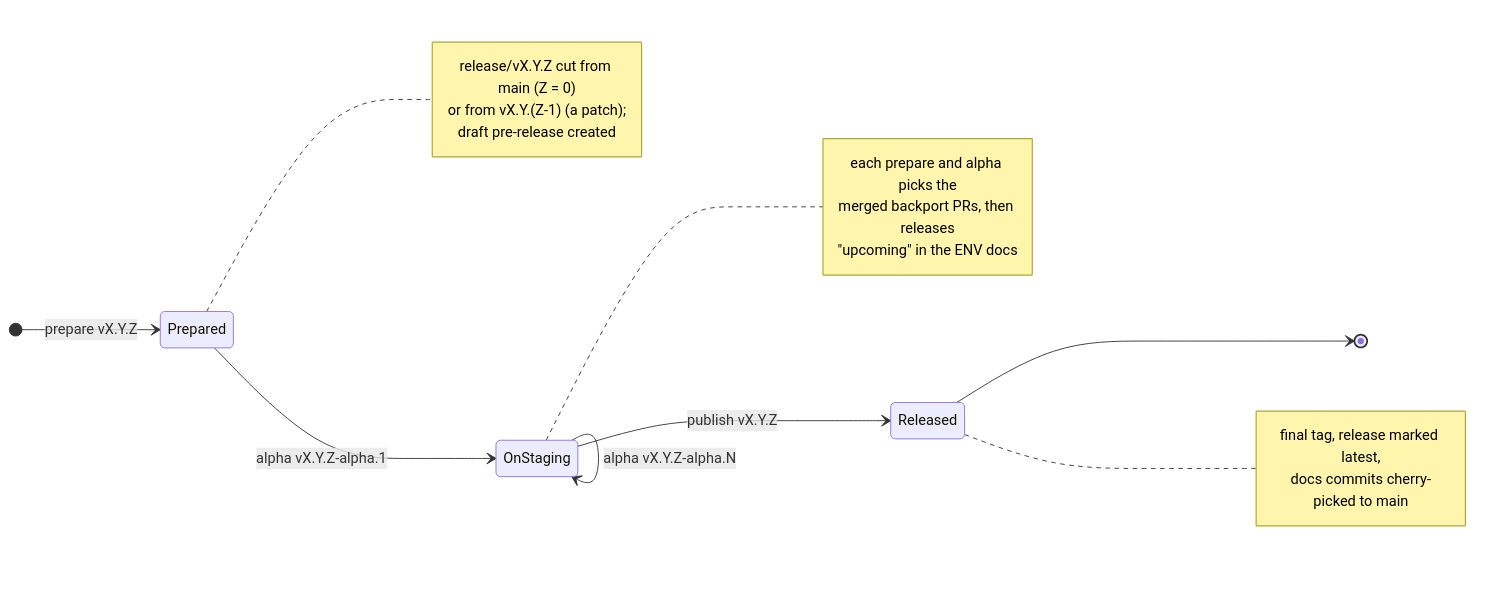
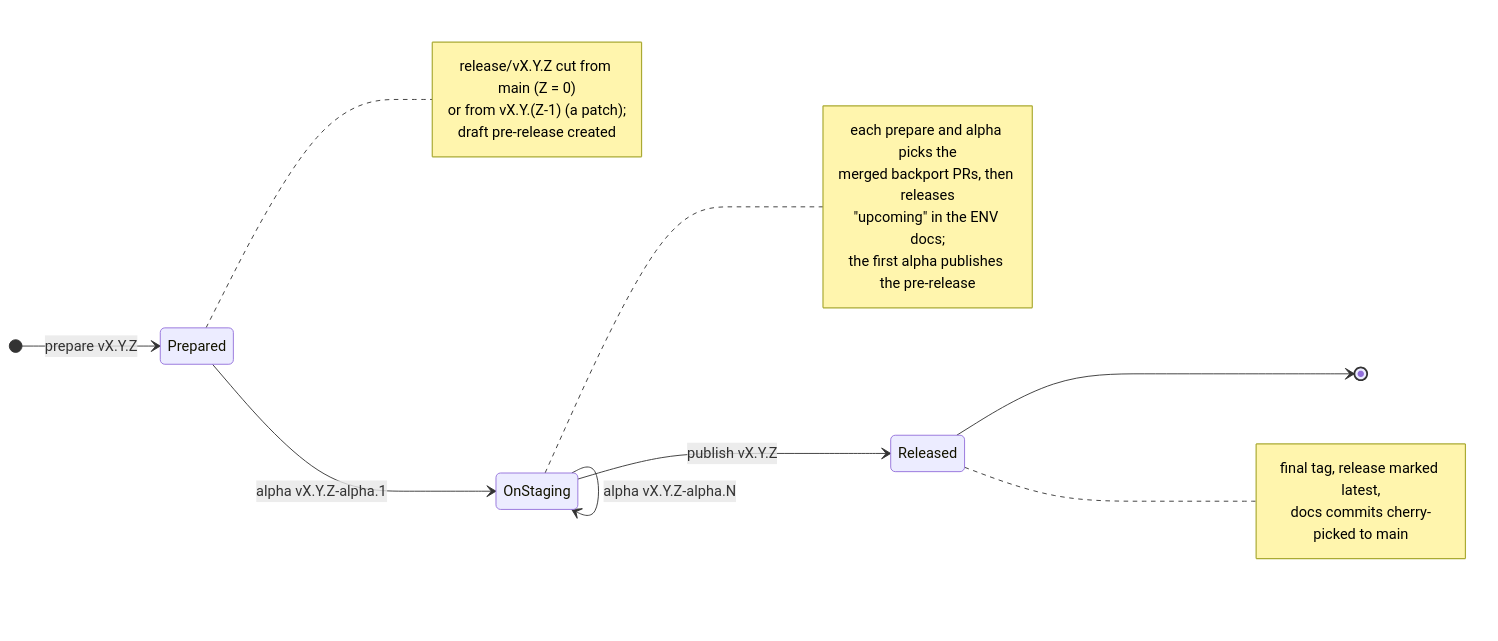
One commit to blockscout/frontend changed the diagram in docs/RELEASING.md. Above: the diagram before and after it, drawn with Mermaid. The commit also changed other lines of this file and 6 other files, not shown here.

Commit message:
Publish the pre-release at the first alpha and fix notes on the PR, not the release page

````diff
--- a/docs/RELEASING.md
+++ b/docs/RELEASING.md
@@ -28,23 +28,24 @@
 ```mermaid
 stateDiagram-v2
     direction LR
     [*] --> Prepared: prepare vX.Y.Z
     Prepared --> OnStaging: alpha vX.Y.Z-alpha.1
     OnStaging --> OnStaging: alpha vX.Y.Z-alpha.N
     OnStaging --> Released: publish vX.Y.Z
     Released --> [*]
     note right of Prepared
         release/vX.Y.Z cut from main (Z = 0)
         or from vX.Y.(Z-1) (a patch);
         draft pre-release created
     end note
     note right of OnStaging
         each prepare and alpha picks the
         merged backport PRs, then releases
-        "upcoming" in the ENV docs
+        "upcoming" in the ENV docs;
+        the first alpha publishes the pre-release
     end note
     note right of Released
         final tag, release marked latest,
         docs commits cherry-picked to main
     end note
 ```
````
